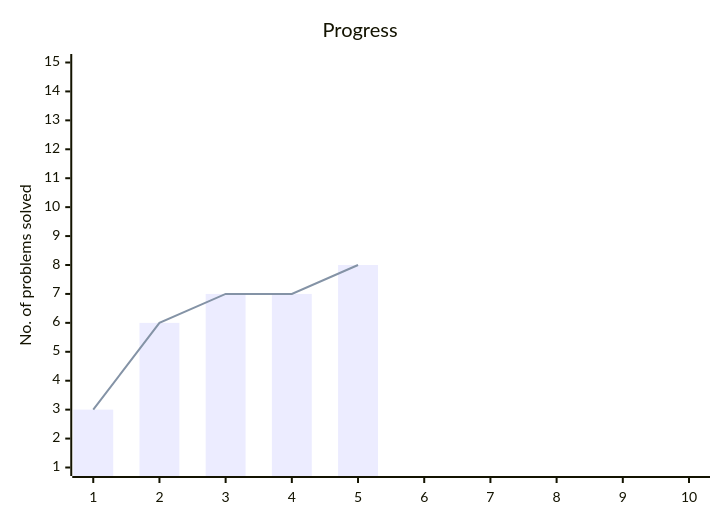
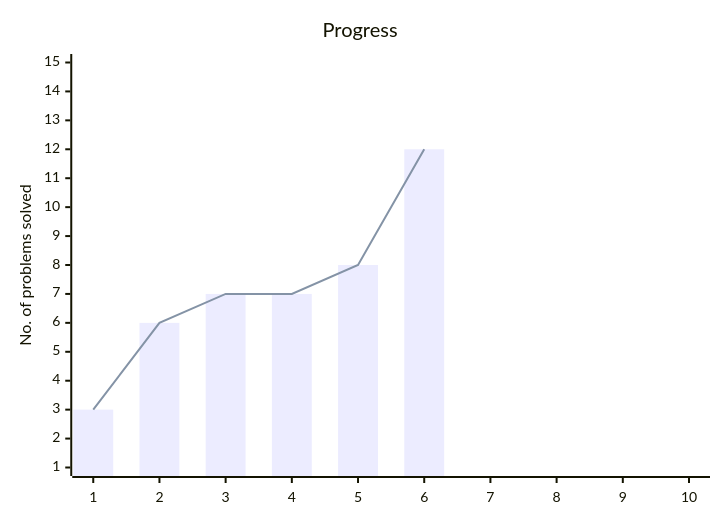
One commit to PrathameshGandule/neetcode-150 changed the diagram in README.md. Above: the diagram before and after it, drawn with Mermaid. The commit also changed other lines of this file and 5 other files, not shown here.

````diff
--- a/README.md
+++ b/README.md
@@ -14,8 +15,8 @@
 ```mermaid
 xychart-beta
     title "Progress"
-    x-axis [1,2,3,4,5, 6, 7, 8, 9, 10]
+    x-axis [1, 2, 3, 4, 5, 6, 7, 8, 9, 10]
     y-axis "No. of problems solved" 1 --> 15
-	bar [3, 6, 7, 7, 8]
-    line [3, 6, 7, 7, 8]
+	bar [3, 6, 7, 7, 8, 12]
+    line [3, 6, 7, 7, 8, 12]
 ```
````
